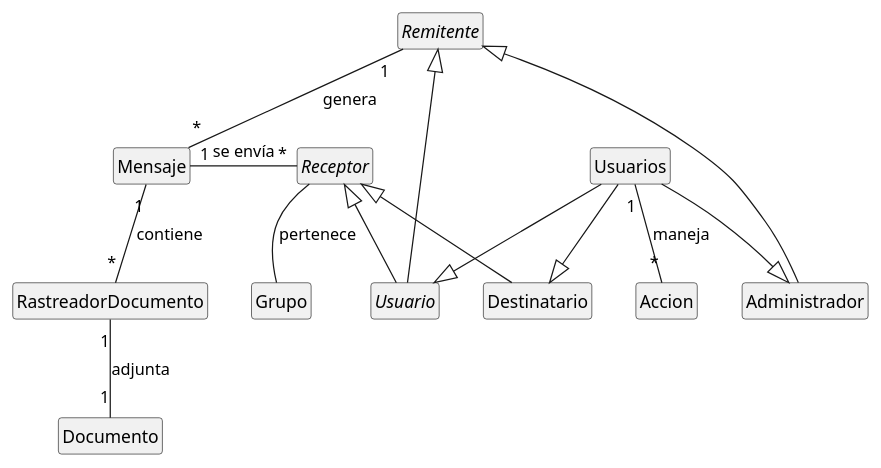
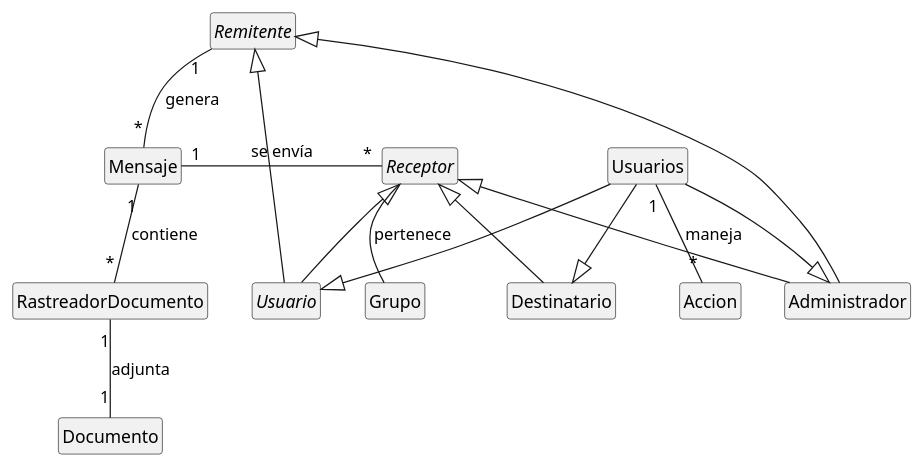
The diagram in docs/modeloDeDominio/diagramaDeClases/diagramaClasesIteracion3.puml (mmasias/24-25-IdSw1-SDR), drawn with PlantUML before and after one commit.

Commit message:
FEAT: add relationship for Administrador in class diagram for iteration 3

```diff
--- a/docs/modeloDeDominio/diagramaDeClases/diagramaClasesIteracion3.puml
+++ b/docs/modeloDeDominio/diagramaDeClases/diagramaClasesIteracion3.puml
@@ -1,47 +1,49 @@
 @startuml
 hide empty members
 hide circle
 
 abstract Remitente
 
 class Accion
 
 abstract Usuario
 
 class Accion
 
 class Mensaje
 
 class RastreadorDocumento
 
 abstract Receptor
 
 class Destinatario
 
 class Administrador
 
 class Grupo
 
 class Documento
 
 Usuarios --|> Administrador
 Usuarios --|> Usuario
 Usuarios --|> Destinatario
 
 Remitente <|-- Administrador
 Remitente <|-- Usuario
 
 Receptor <|-- Destinatario
 Receptor <|-- Usuario
 Receptor -- Grupo : pertenece
 
+Receptor <|-- Administrador
+
 Usuarios "1"--"*" Accion : maneja
 
 Remitente "1"--"*" Mensaje : genera
 
 Mensaje  "1"--"*" RastreadorDocumento : contiene
 
 Mensaje  "1"-r-"*" Receptor : se envía
 
 RastreadorDocumento "1"--"1" Documento: adjunta
 @enduml
```
